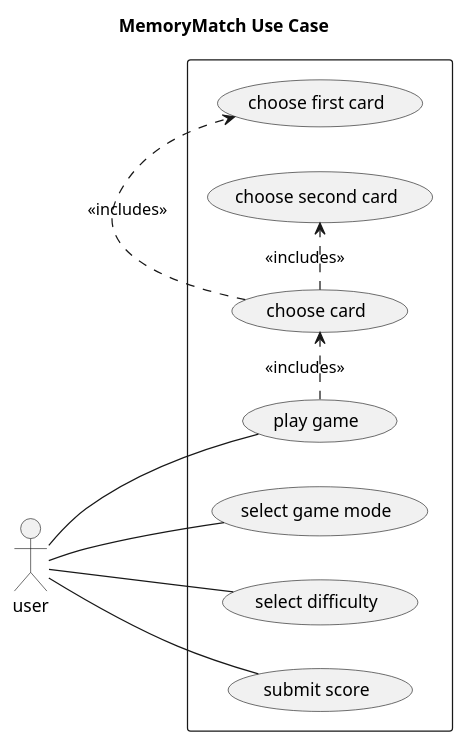
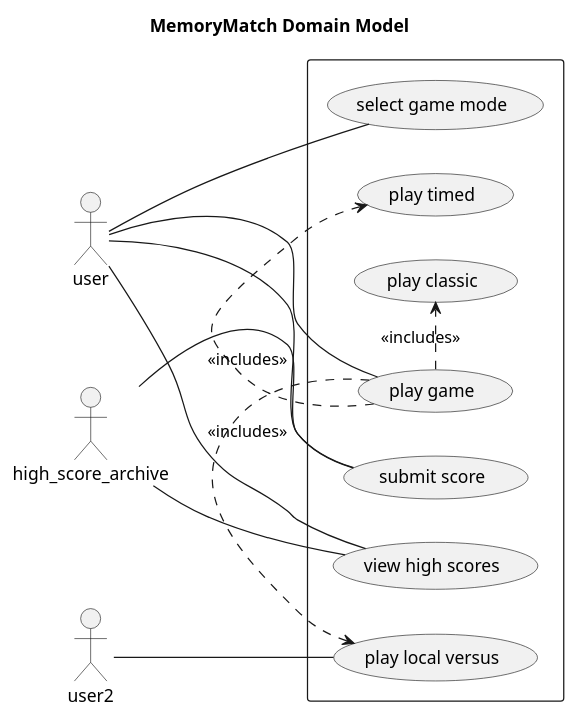
Before and after one commit to zok0001/MemoryMatch-master: the diagram in app/UML/DM.puml, drawn with PlantUML. The commit also changed 2 other files, not shown here.

Commit message:
Added VersusMode to the game.

```diff
--- a/app/UML/DM.puml
+++ b/app/UML/DM.puml
@@ -1,18 +1,23 @@
 @startuml
-title MemoryMatch Use Case
+title MemoryMatch Domain Model
 left to right direction
 actor user
+actor user2
+actor high_score_archive
 rectangle {
 usecase "select game mode"
-usecase "select difficulty"
 usecase "play game"
 usecase "submit score"
+usecase "view high scores"
 user -- (select game mode)
-user -- (select difficulty)
 user -- (play game)
 user -- (submit score)
-(play game) .> (choose card) : <<includes>>
-(choose card) .> (choose first card) : <<includes>>
-(choose card) .> (choose second card) : <<includes>>
+high_score_archive -- (submit score)
+user -- (view high scores)
+high_score_archive -- (view high scores)
+(play game) .> (play local versus) : <<includes>>
+(play game) .> (play classic) : <<includes>>
+(play game) .> (play timed) : <<includes>>
+user2 -- (play local versus)
 }
 @enduml
```
